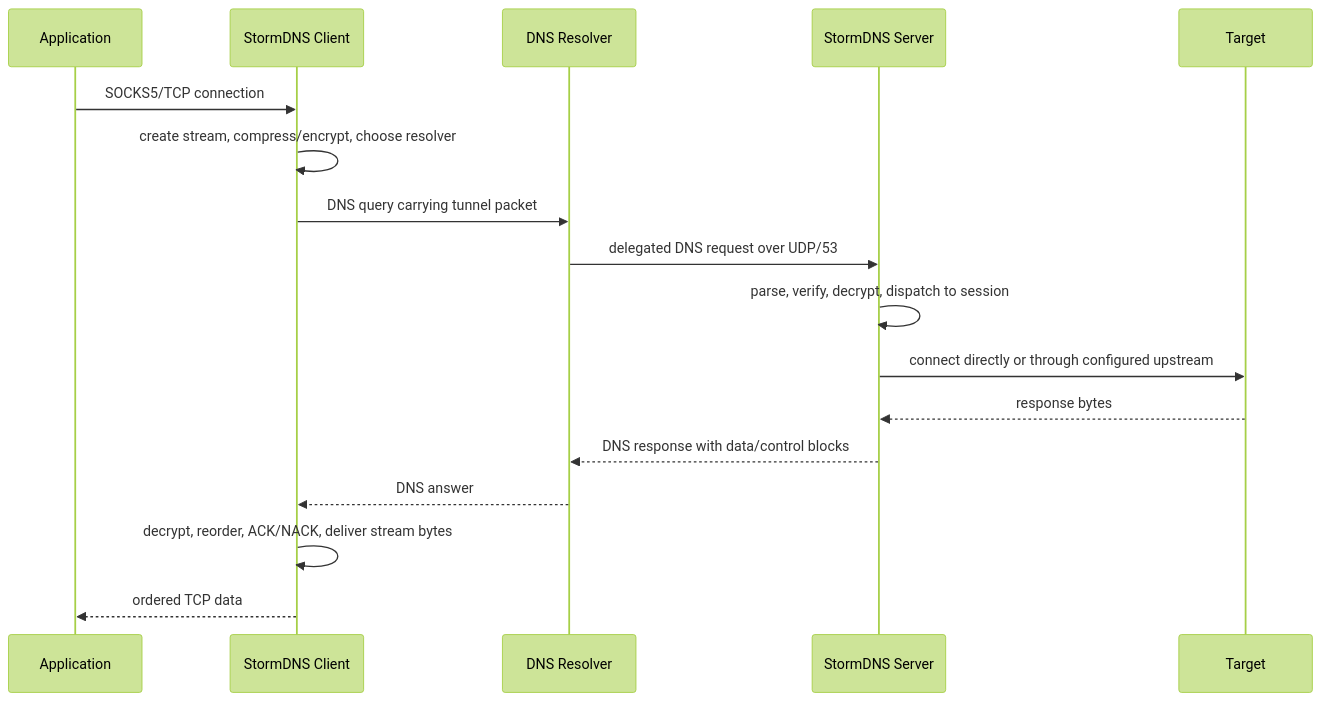
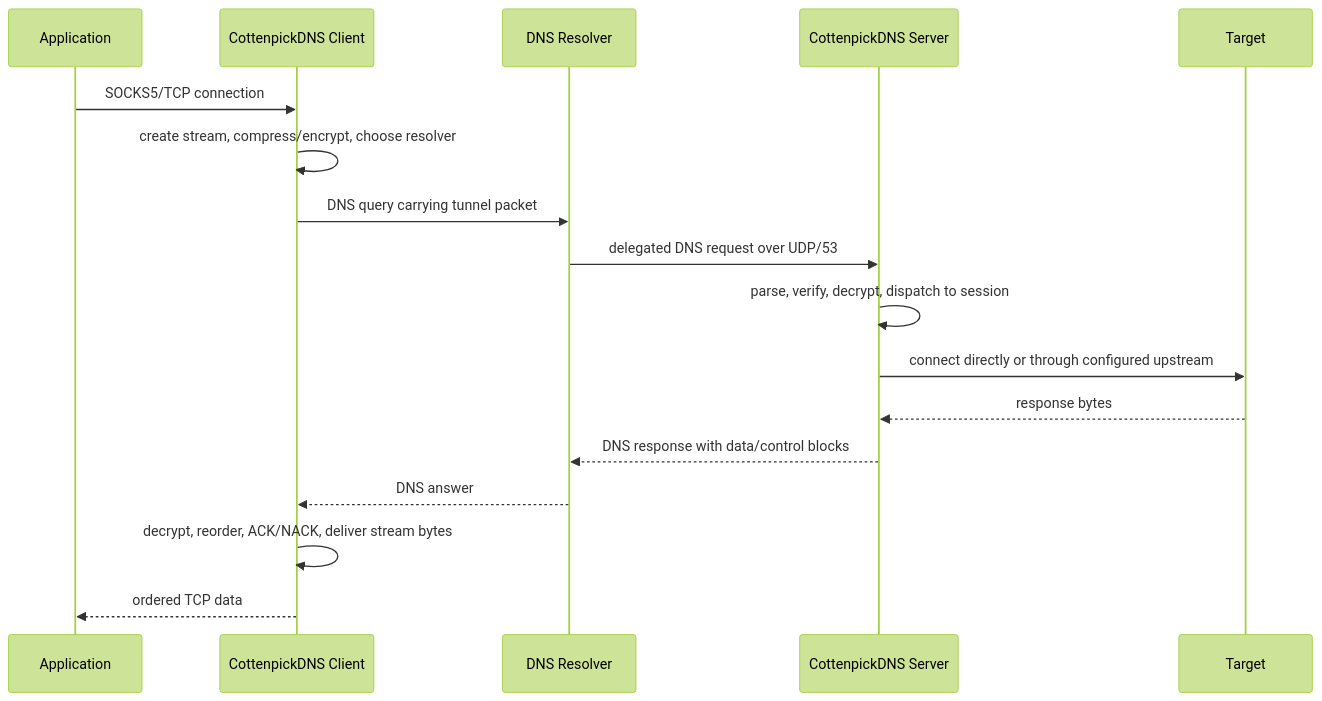
The second of 2 diagrams in README.MD (WhiteDNS/CottenDns), drawn with Mermaid (forest theme) before and after one commit. The commit also changed other lines of this file and 152 other files, not shown here.

First line of the commit message:
Rebrand to CottenpickDNS and add DPI-resistance + encryption auto-detect

````diff
--- a/README.MD
+++ b/README.MD
@@ -543,20 +555,20 @@
 ```mermaid
 sequenceDiagram
     participant App as Application
-    participant Client as StormDNS Client
+    participant Client as CottenpickDNS Client
     participant Resolver as DNS Resolver
-    participant Server as StormDNS Server
+    participant Server as CottenpickDNS Server
     participant Target as Target
 
     App->>Client: SOCKS5/TCP connection
     Client->>Client: create stream, compress/encrypt, choose resolver
     Client->>Resolver: DNS query carrying tunnel packet
     Resolver->>Server: delegated DNS request over UDP/53
     Server->>Server: parse, verify, decrypt, dispatch to session
     Server->>Target: connect directly or through configured upstream
     Target-->>Server: response bytes
     Server-->>Resolver: DNS response with data/control blocks
     Resolver-->>Client: DNS answer
     Client->>Client: decrypt, reorder, ACK/NACK, deliver stream bytes
     Client-->>App: ordered TCP data
 ```
````
